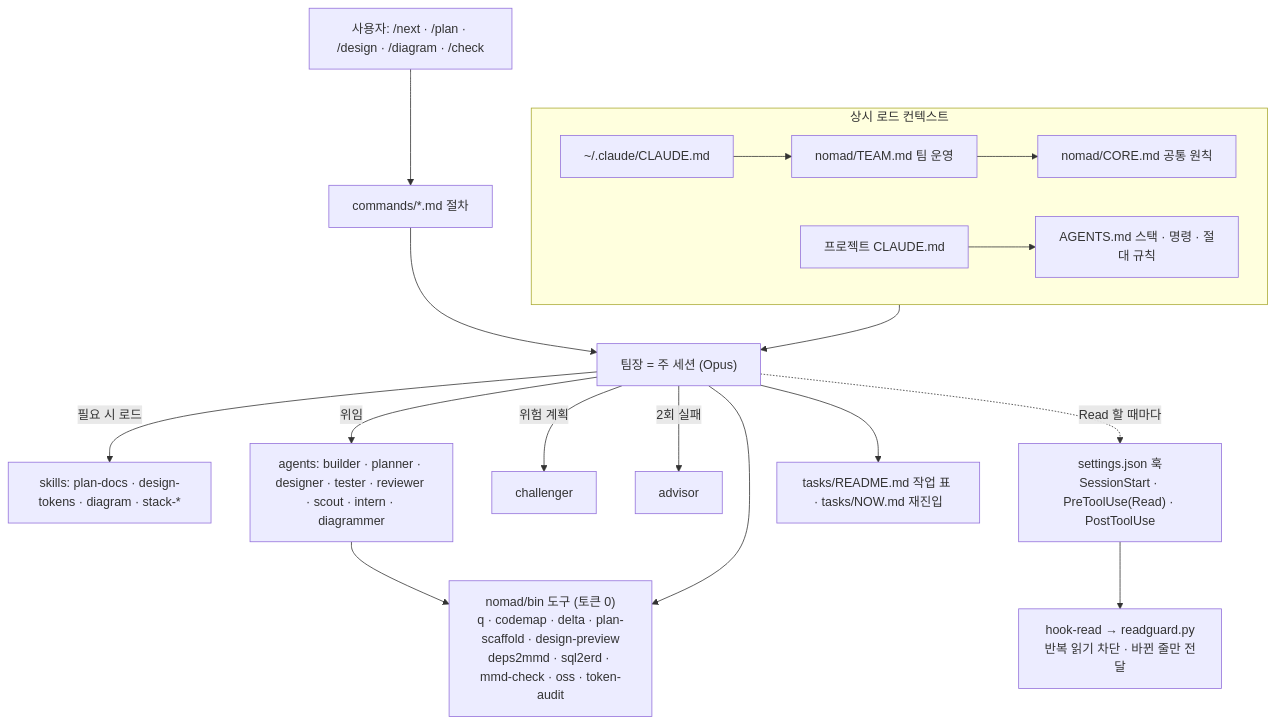
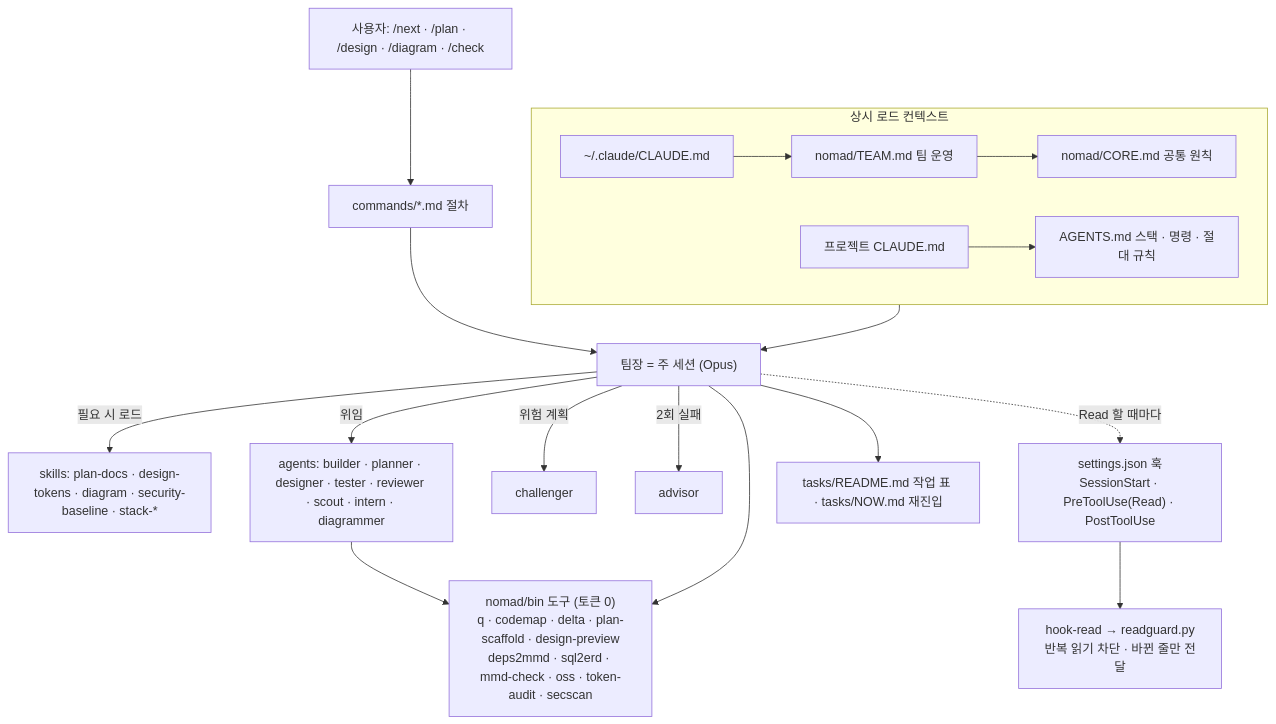
One commit to DevOps0906/nomad-agent-os changed the second of 2 diagrams in docs/REFERENCE.md. Above: the diagram before and after it, drawn with Mermaid. The commit also changed other lines of this file and 4 other files, not shown here.

````diff
--- a/docs/REFERENCE.md
+++ b/docs/REFERENCE.md
@@ -98,19 +101,19 @@
 ```mermaid
 flowchart TB
   U["사용자: /next · /plan · /design · /diagram · /check"] --> CMD["commands/*.md 절차"]
   subgraph CTX["상시 로드 컨텍스트"]
     GC["~/.claude/CLAUDE.md"] --> TEAM["nomad/TEAM.md 팀 운영"] --> CORE["nomad/CORE.md 공통 원칙"]
     PCL["프로젝트 CLAUDE.md"] --> AG["AGENTS.md 스택 · 명령 · 절대 규칙"]
   end
   CTX --> LEAD["팀장 = 주 세션 (Opus)"]
   CMD --> LEAD
-  LEAD -- "필요 시 로드" --> SK["skills: plan-docs · design-tokens · diagram · stack-*"]
+  LEAD -- "필요 시 로드" --> SK["skills: plan-docs · design-tokens · diagram · security-baseline · stack-*"]
   LEAD -- "위임" --> TM["agents: builder · planner · designer · tester · reviewer · scout · intern · diagrammer"]
   LEAD -- "위험 계획" --> CH["challenger"]
   LEAD -- "2회 실패" --> AD["advisor"]
-  TM --> BIN["nomad/bin 도구 (토큰 0)<br/>q · codemap · delta · plan-scaffold · design-preview<br/>deps2mmd · sql2erd · mmd-check · oss · token-audit"]
+  TM --> BIN["nomad/bin 도구 (토큰 0)<br/>q · codemap · delta · plan-scaffold · design-preview<br/>deps2mmd · sql2erd · mmd-check · oss · token-audit · secscan"]
   LEAD --> BIN
   HK["settings.json 훅<br/>SessionStart · PreToolUse(Read) · PostToolUse"] --> HR["hook-read → readguard.py<br/>반복 읽기 차단 · 바뀐 줄만 전달"]
   LEAD -. "Read 할 때마다" .-> HK
   LEAD --> TK["tasks/README.md 작업 표 · tasks/NOW.md 재진입"]
 ```
````
